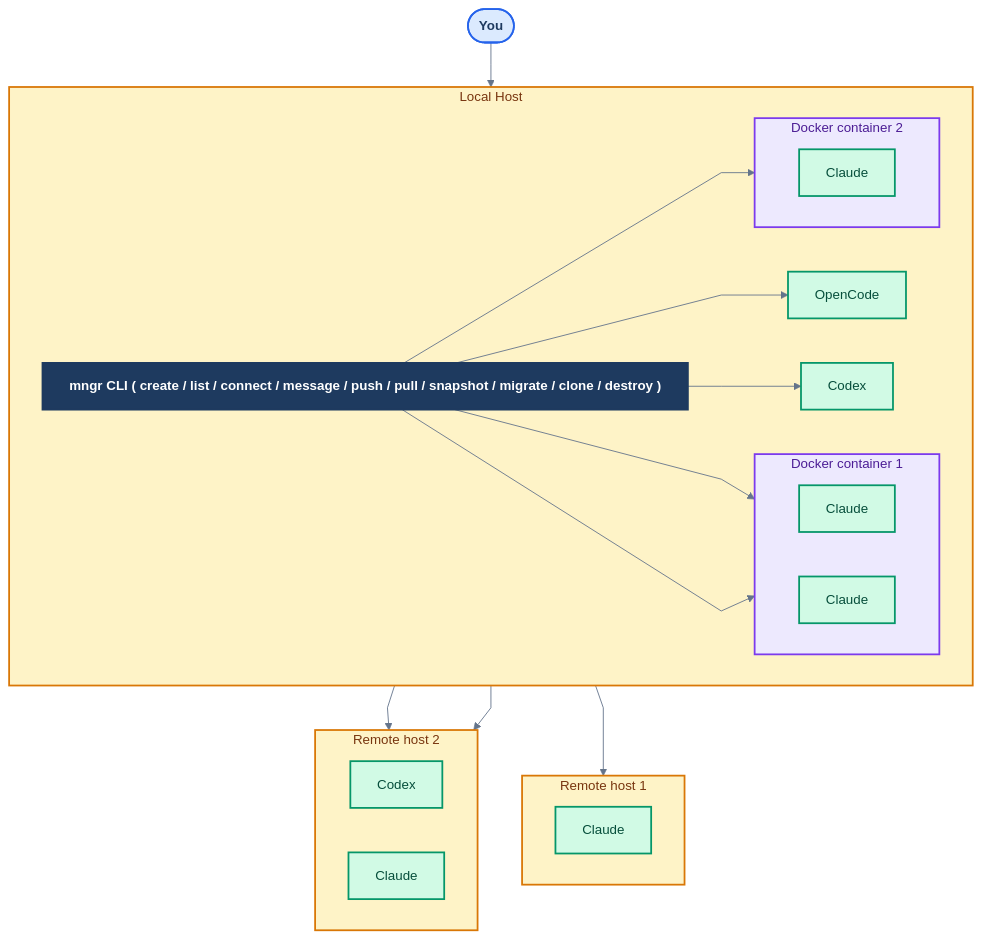
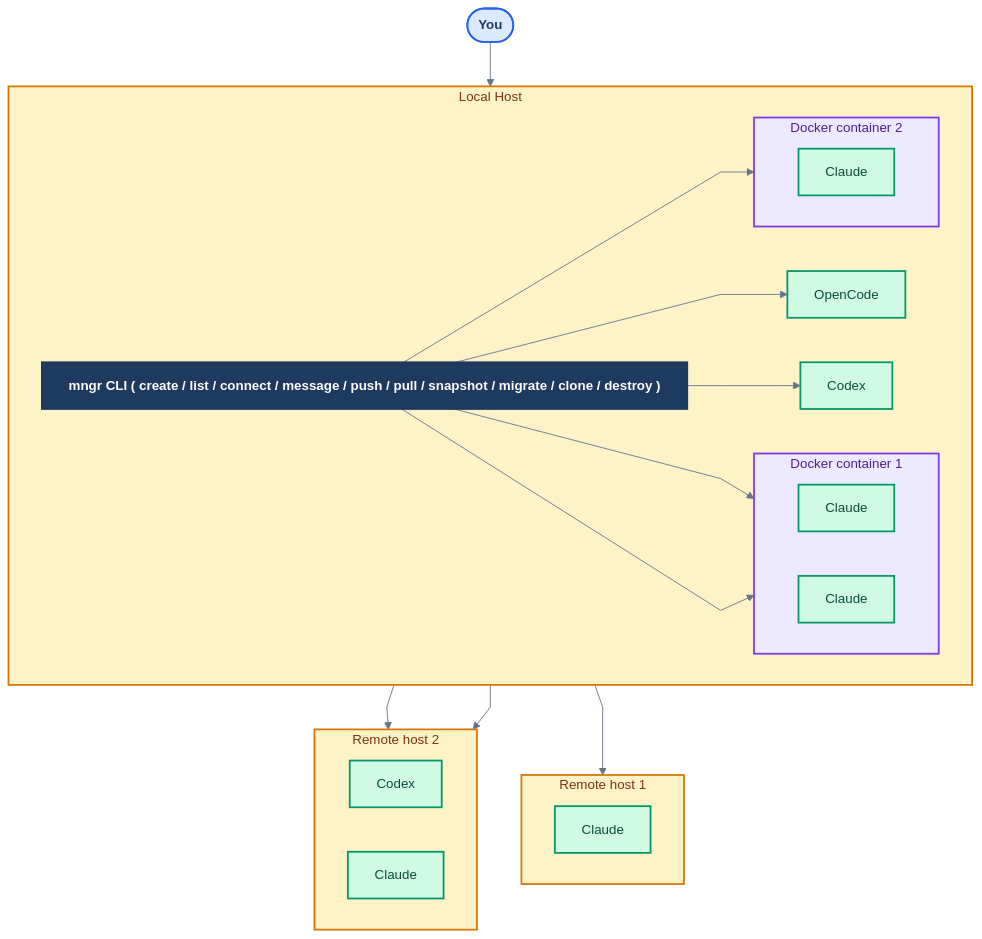
Before and after one commit to imbue-ai/mng: the first of 2 diagrams in README.md, drawn with Mermaid.

Commit message:
Add padding to diagram

````diff
--- a/README.md
+++ b/README.md
@@ -30,51 +30,51 @@
 ```mermaid
-%%{init: {'theme': 'base', 'themeVariables': {'primaryColor': '#EFF6FF', 'primaryTextColor': '#1E3A5F', 'primaryBorderColor': '#3B82F6', 'lineColor': '#64748B', 'edgeLabelBackground': '#FFFFFF', 'fontSize': '15px', 'wrap': false}, 'flowchart': {'curve': 'linear', 'markdownAutoWrap': false, 'wrappingWidth': 1800}}}%%
+%%{init: {'theme': 'base', 'themeVariables': {'primaryColor': '#EFF6FF', 'primaryTextColor': '#1E3A5F', 'primaryBorderColor': '#3B82F6', 'lineColor': '#64748B', 'edgeLabelBackground': '#FFFFFF', 'fontSize': '15px', 'wrap': false}, 'flowchart': {'diagramPadding': 150, 'curve': 'linear', 'markdownAutoWrap': false, 'wrappingWidth': 1800}}}%%
 flowchart TB
     classDef user fill:#DBEAFE,stroke:#2563EB,stroke-width:2px,color:#1E3A5F,font-weight:bold
     classDef cli fill:#1E3A5F,stroke:#1E3A5F,stroke-width:2px,color:#FFFFFF,font-weight:bold
     classDef agent fill:#D1FAE5,stroke:#059669,stroke-width:2px,color:#064E3B
 
     user([You]):::user
 
     subgraph host1["Local Host"]
         direction LR
         style host1 fill:#FEF3C7,stroke:#D97706,stroke-width:2px,color:#78350F
         cli["mngr CLI ( create / list / connect / message / push / pull / snapshot / migrate / clone / destroy )"]:::cli
         agent1["OpenCode"]:::agent
         agent6["Codex"]:::agent
         subgraph docker1["Docker container 1"]
             direction LR
             style docker1 fill:#EDE9FE,stroke:#7C3AED,stroke-width:2px,color:#4C1D95
             agent3["Claude"]:::agent
             agent4["Claude"]:::agent
         end
         subgraph docker2["Docker container 2"]
             direction LR
             style docker2 fill:#EDE9FE,stroke:#7C3AED,stroke-width:2px,color:#4C1D95
             agent5["Claude"]:::agent
         end
     end
 
     subgraph host2["Remote host 1"]
         direction LR
         style host2 fill:#FEF3C7,stroke:#D97706,stroke-width:2px,color:#78350F
         agent2["Claude"]:::agent
     end
 
     subgraph host3["Remote host 2"]
         direction LR
         style host3 fill:#FEF3C7,stroke:#D97706,stroke-width:2px,color:#78350F
         agent7["Codex"]:::agent
         agent8["Claude"]:::agent
     end
 
     user --> cli
     cli --> agent1
     cli --> agent6
     cli --> agent3
     cli --> agent4
     cli --> agent5
     cli --> agent2
     cli --> agent7
     cli --> agent8
 ```
````
